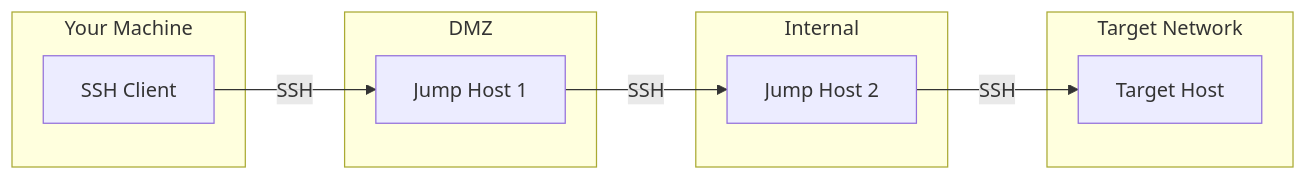
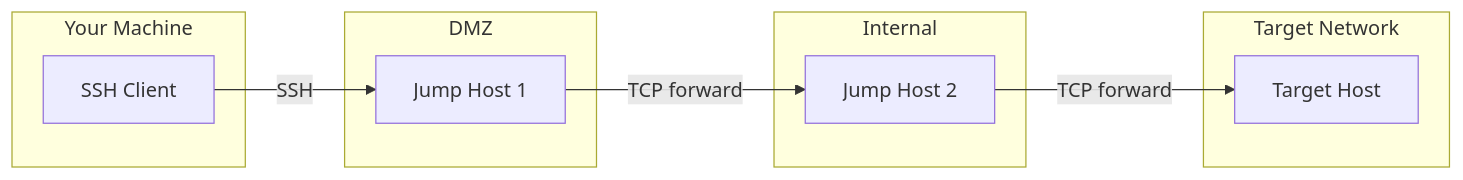
The first of 4 diagrams in docs/docs/comparisons/vs-ssh-jump.md (Muti-Metroo/Muti-Metroo), drawn with Mermaid before and after one commit. The commit also changed other lines of this file and 156 other files, not shown here.

````diff
--- a/docs/docs/comparisons/vs-ssh-jump.md
+++ b/docs/docs/comparisons/vs-ssh-jump.md
@@ -36,22 +37,22 @@
 ```mermaid
 flowchart LR
     subgraph Your Machine
         Client[SSH Client]
     end
 
     subgraph DMZ
         Jump1[Jump Host 1]
     end
 
     subgraph Internal
         Jump2[Jump Host 2]
     end
 
     subgraph Target Network
         Target[Target Host]
     end
 
     Client -->|"SSH"| Jump1
-    Jump1 -->|"SSH"| Jump2
-    Jump2 -->|"SSH"| Target
+    Jump1 -->|"TCP forward"| Jump2
+    Jump2 -->|"TCP forward"| Target
 ```
````
